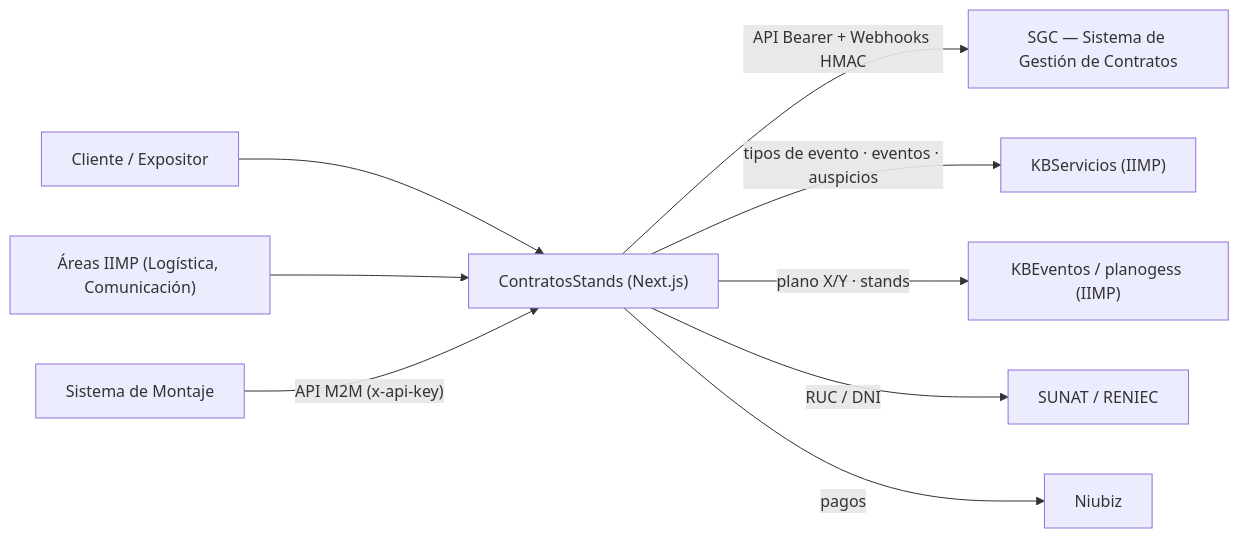
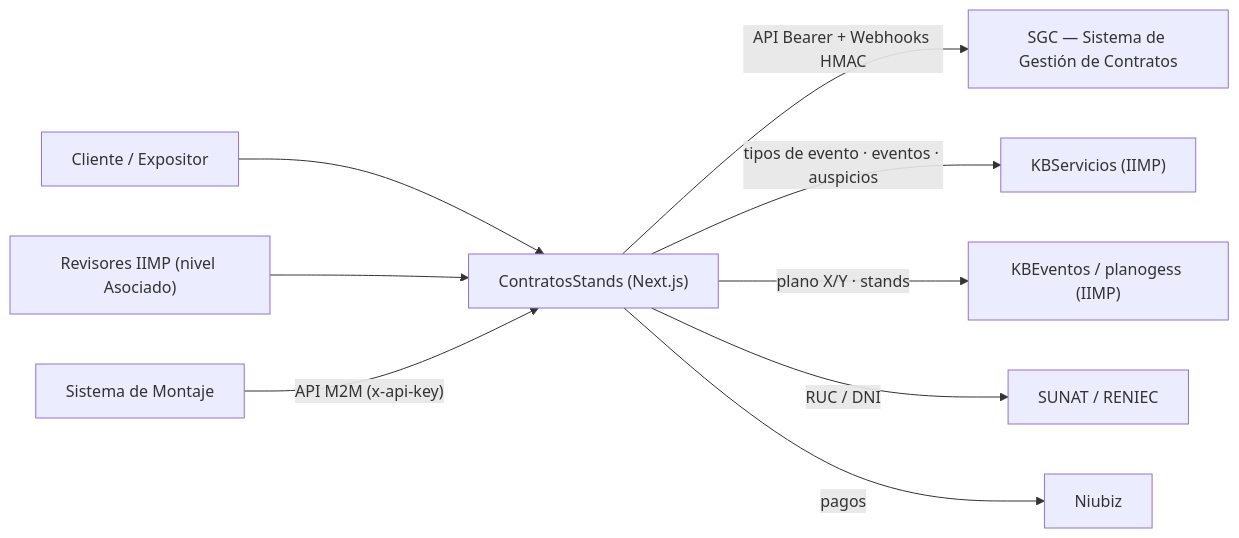
One commit to edsonHuamaniIimp/ecommerce changed the first of 5 diagrams in docs/03-arquitectura/vision-general.md. Above: the diagram before and after it, drawn with Mermaid. The commit also changed other lines of this file and 147 other files, not shown here.

````diff
--- a/docs/03-arquitectura/vision-general.md
+++ b/docs/03-arquitectura/vision-general.md
@@ -11,12 +11,12 @@
 ```mermaid
 flowchart LR
   Cliente["Cliente / Expositor"] --> App["ContratosStands (Next.js)"]
-  Areas["Áreas IIMP (Logística, Comunicación)"] --> App
+  Areas["Revisores IIMP (nivel Asociado)"] --> App
 
   App -->|"API Bearer + Webhooks HMAC"| SGC["SGC — Sistema de Gestión de Contratos"]
   App -->|"tipos de evento · eventos · auspicios"| KB["KBServicios (IIMP)"]
   App -->|"plano X/Y · stands"| KBE["KBEventos / planogess (IIMP)"]
   App -->|"RUC / DNI"| Consultas["SUNAT / RENIEC"]
   App -->|"pagos"| Niubiz["Niubiz"]
   SM["Sistema de Montaje"] -->|"API M2M (x-api-key)"| App
 ```
````
